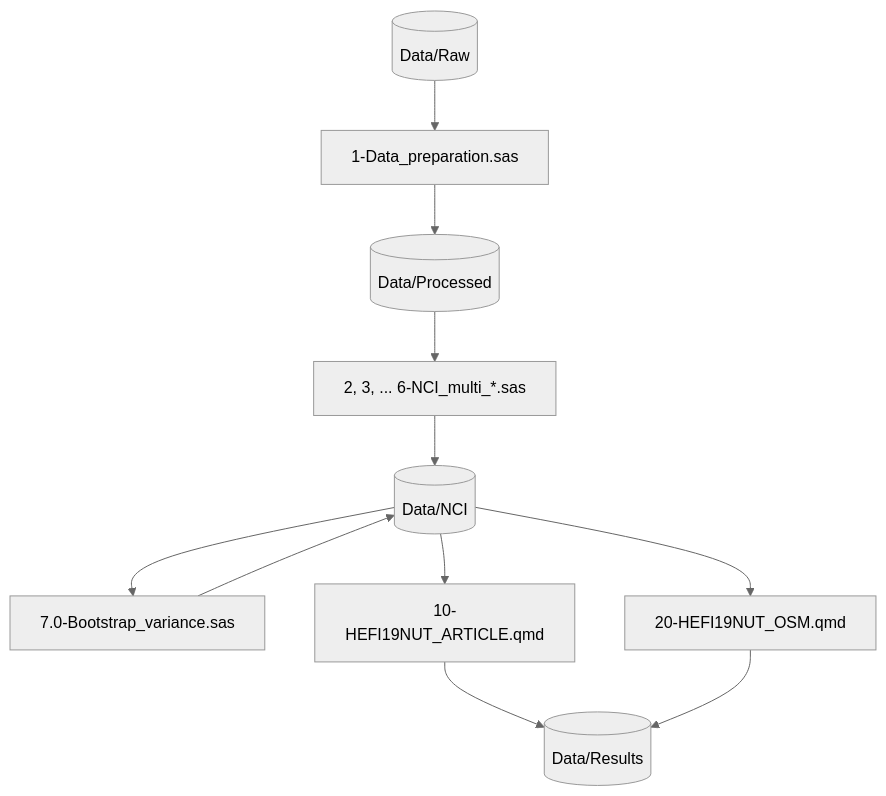
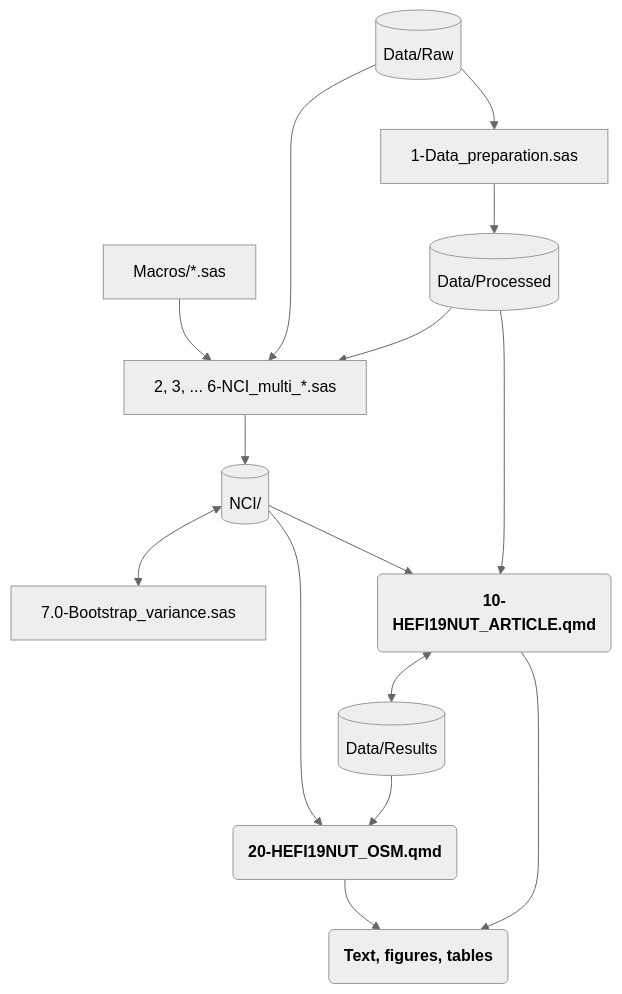
Before and after one commit to didierbrassard/hefi2019_nutrient: the first of 2 diagrams in README.md, drawn with Mermaid. The commit also changed other lines of this file, not shown here.

````diff
--- a/README.md
+++ b/README.md
@@ -73,23 +117,28 @@
 ``` mermaid
 %%{init: {'theme': 'neutral' } }%%
-flowchart TD
+flowchart TB
   data1[(Data/Raw)]
   data2[(Data/Processed)]
-  data3[(Data/NCI)]
-  data4[(Data/Results)]
+  data3[(NCI/)]
   code1[1-Data_preparation.sas]
   code2[2, 3, ... 6-NCI_multi_*.sas]
   code3[7.0-Bootstrap_variance.sas]
-  qmd1[10-HEFI19NUT_ARTICLE.qmd]
-  qmd2[20-HEFI19NUT_OSM.qmd]
+  qmd1(<b>10-HEFI19NUT_ARTICLE.qmd)
+  qmd2(<b>20-HEFI19NUT_OSM.qmd)
+  out("<b>Text, figures, tables")
   data1 --> code1 --> data2
   data2 --> code2 --> data3
-  data3 --> code3 
-  code3 --> data3
+  data3 <--> code3 
+  data1 --> code2
+  macros1["Macros/*.sas"]
+  macros1 --> code2
+  data2 --> qmd1
   data3 --> qmd1
+  data4[(Data/Results)]
+  data4 --> qmd2
+  qmd1 <--> data4
   data3 --> qmd2
-  qmd1 --> data4
-  qmd2 --> data4
-
-
+  qmd1 --> out
+  qmd2 --> out
+  
 ```
````
